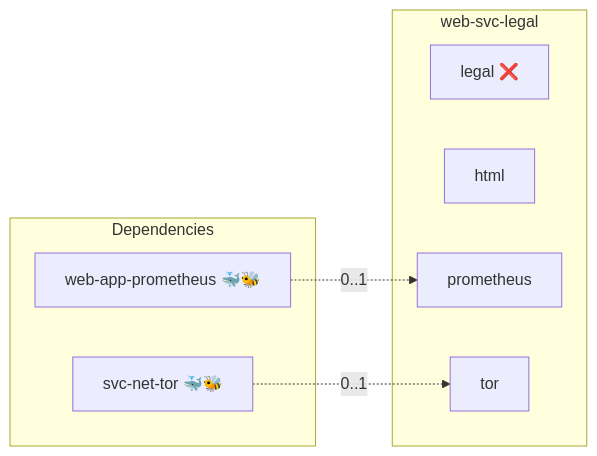
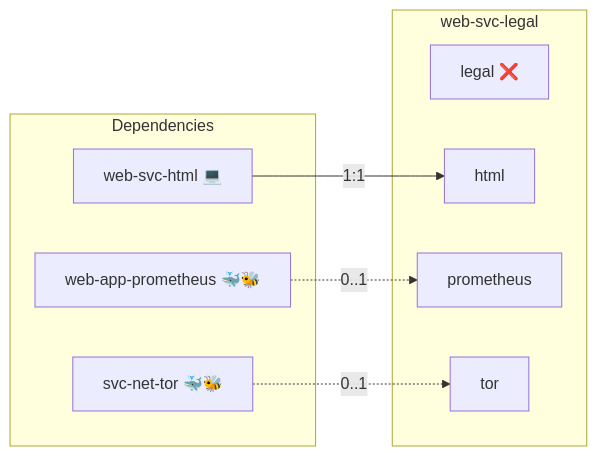
Before and after one commit to AlejandroRomanIbanez/infinito-nexus: the diagram in roles/web-svc-legal/README.md, drawn with Mermaid. The commit also changed other lines of this file and 256 other files, not shown here.

````diff
--- a/roles/web-svc-legal/README.md
+++ b/roles/web-svc-legal/README.md
@@ -15,15 +15,17 @@
 ```mermaid
 flowchart LR
     subgraph deps [Dependencies]
         dep_svc_net_tor["svc-net-tor 🐳🐝"]
         dep_web_app_prometheus["web-app-prometheus 🐳🐝"]
+        dep_web_svc_html["web-svc-html 💻"]
     end
     subgraph role [web-svc-legal]
         svc_legal["legal ❌"]
         svc_html["html"]
         svc_prometheus["prometheus"]
         svc_tor["tor"]
     end
     dep_svc_net_tor -. "0..1" .-> svc_tor
     dep_web_app_prometheus -. "0..1" .-> svc_prometheus
+    dep_web_svc_html -- "1:1" --> svc_html
 ```
````
